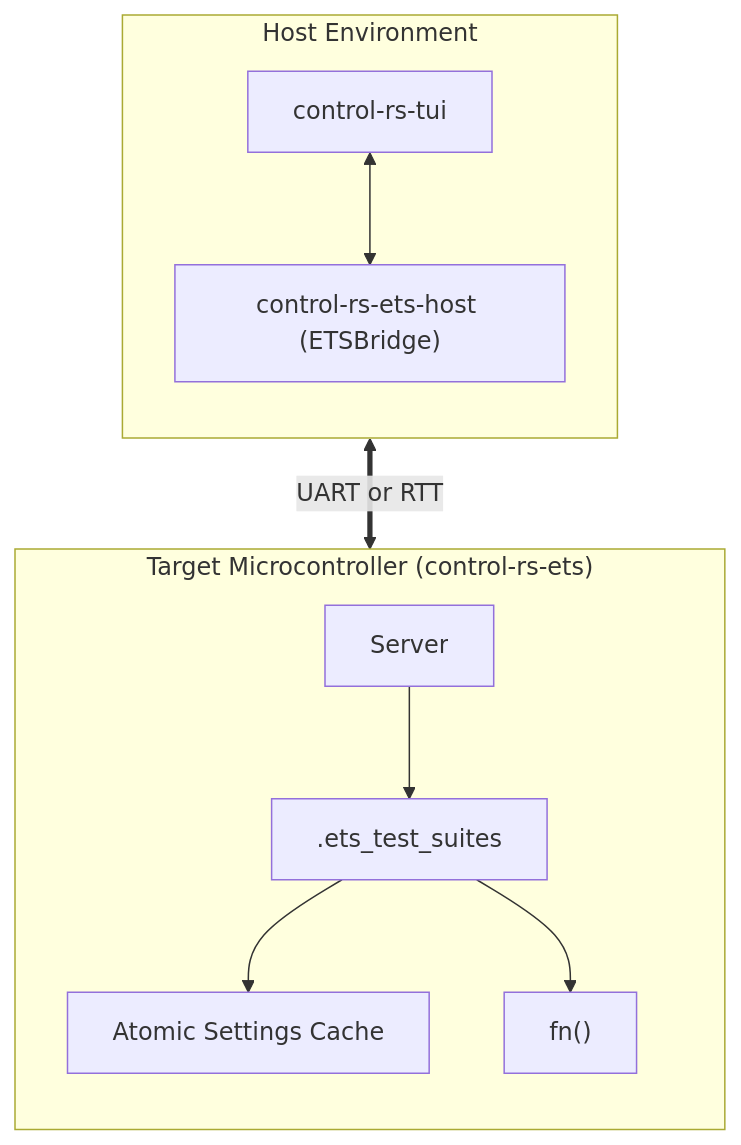
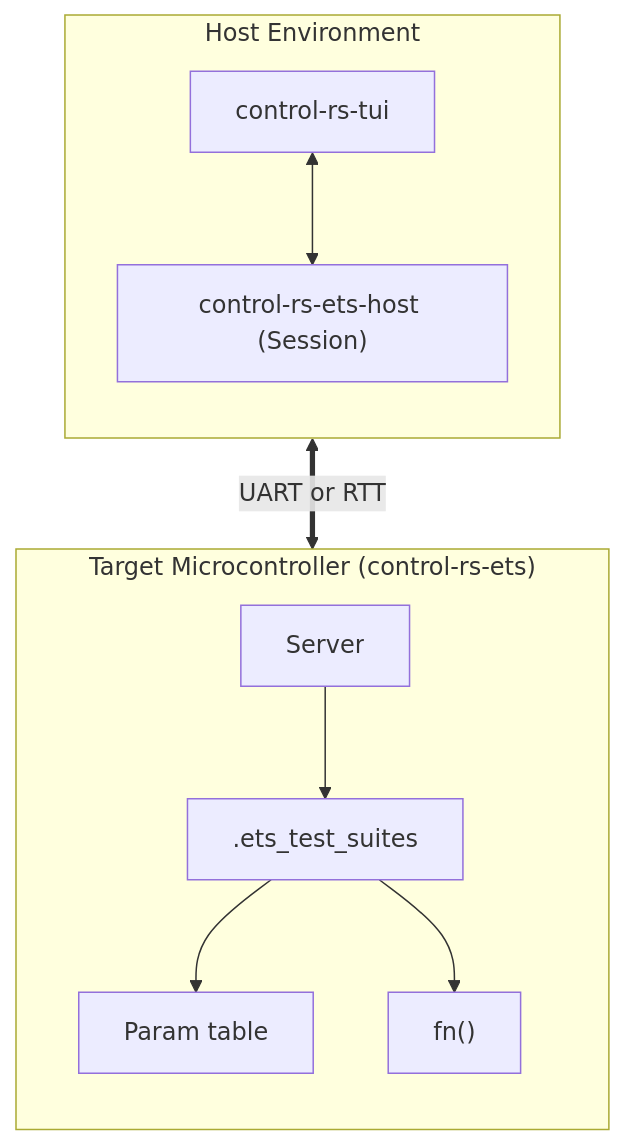
Before and after one commit to Dyse-Industries/control-rs: the diagram in documentation/ets/test-suite-design.md, drawn with Mermaid. The commit also changed other lines of this file and 30 other files, not shown here.

First line of the commit message:
ETS-2: single-job executive, lifecycle tasks and param-table suites

````diff
--- a/documentation/ets/test-suite-design.md
+++ b/documentation/ets/test-suite-design.md
@@ -74,22 +93,22 @@
 ```mermaid
 flowchart TD
     Host <==>|UART or RTT| MCU
 
     subgraph Host ["Host Environment"]
         direction TB
         TUI["control-rs-tui"]
-        Bridge["control-rs-ets-host (ETSBridge)"]
+        Bridge["control-rs-ets-host (Session)"]
         TUI <--> Bridge
     end
 
     subgraph MCU ["Target Microcontroller (control-rs-ets)"]
         direction TB
         Server["Server"]
         Suites[".ets_test_suites"]
-        Settings["Atomic Settings Cache"]
+        Settings["Param table"]
         Tests["fn() "]
         Server --> Suites
         Suites --> Settings
         Suites --> Tests
     end
 ```
````
